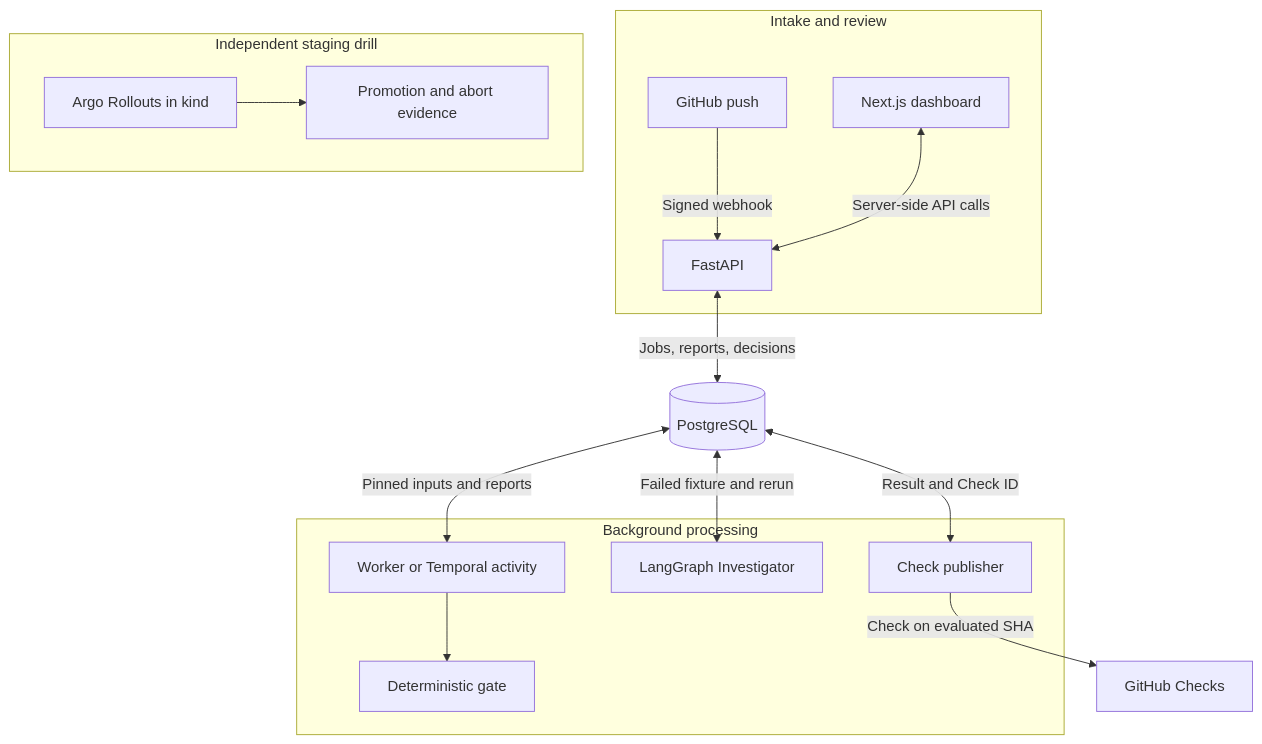
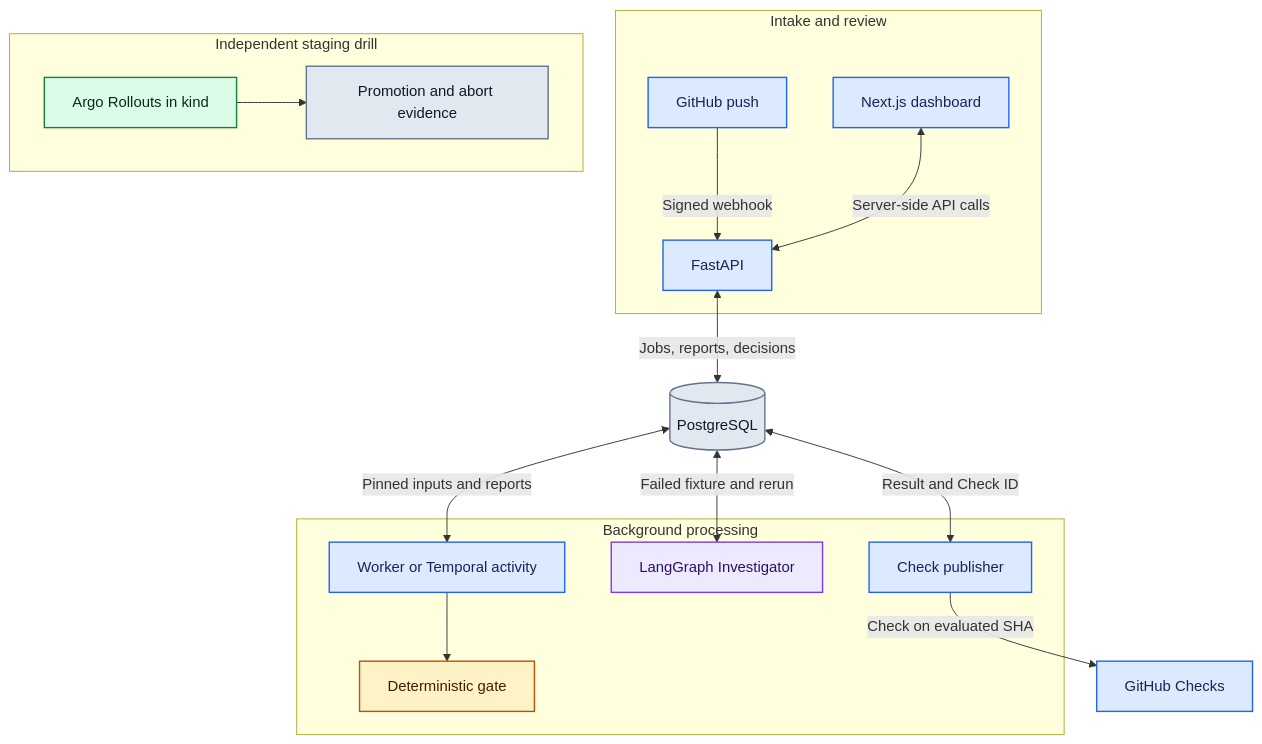
Before and after one commit to sujayv26/release-trace: the first of 2 diagrams in docs/ARCHITECTURE.md, drawn with Mermaid. The commit also changed other lines of this file and 3 other files, not shown here.

Commit message:
Color-code release documentation diagrams

````diff
--- a/docs/ARCHITECTURE.md
+++ b/docs/ARCHITECTURE.md
@@ -7,22 +7,34 @@
 ```mermaid
 flowchart TB
     accTitle: ReleaseTrace system design
     accDescr: GitHub and the dashboard connect to the API. Evaluation, investigation, and Check publication read persisted state. The kind canary drill runs independently.
     subgraph Interface["Intake and review"]
         Push["GitHub push"] -->|Signed webhook| API["FastAPI"]
         Dashboard["Next.js dashboard"] <-->|Server-side API calls| API
     end
     API <-->|Jobs, reports, decisions| DB[("PostgreSQL")]
     subgraph Jobs["Background processing"]
         Worker["Worker or Temporal activity"] --> Gate["Deterministic gate"]
         Investigator["LangGraph Investigator"]
         Publisher["Check publisher"]
     end
     DB <-->|Pinned inputs and reports| Worker
     DB <-->|Failed fixture and rerun| Investigator
     DB <-->|Result and Check ID| Publisher
     Publisher -->|Check on evaluated SHA| GitHub["GitHub Checks"]
     subgraph Staging["Independent staging drill"]
         Argo["Argo Rollouts in kind"] --> Evidence["Promotion and abort evidence"]
     end
+
+    classDef process fill:#dbeafe,stroke:#2563eb,color:#172554,stroke-width:1.5px
+    classDef decision fill:#fef3c7,stroke:#b45309,color:#451a03,stroke-width:1.5px
+    classDef investigation fill:#ede9fe,stroke:#7c3aed,color:#2e1065,stroke-width:1.5px
+    classDef evidence fill:#e2e8f0,stroke:#64748b,color:#0f172a,stroke-width:1.5px
+    classDef success fill:#dcfce7,stroke:#15803d,color:#052e16,stroke-width:1.5px
+
+    class Push,Dashboard,API,Worker,Publisher,GitHub process
+    class Gate decision
+    class Investigator investigation
+    class DB,Evidence evidence
+    class Argo success
 ```
````
